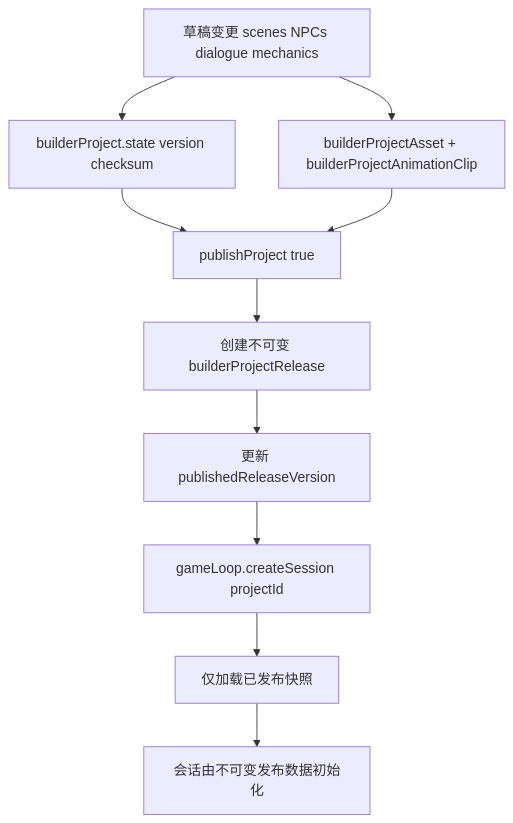
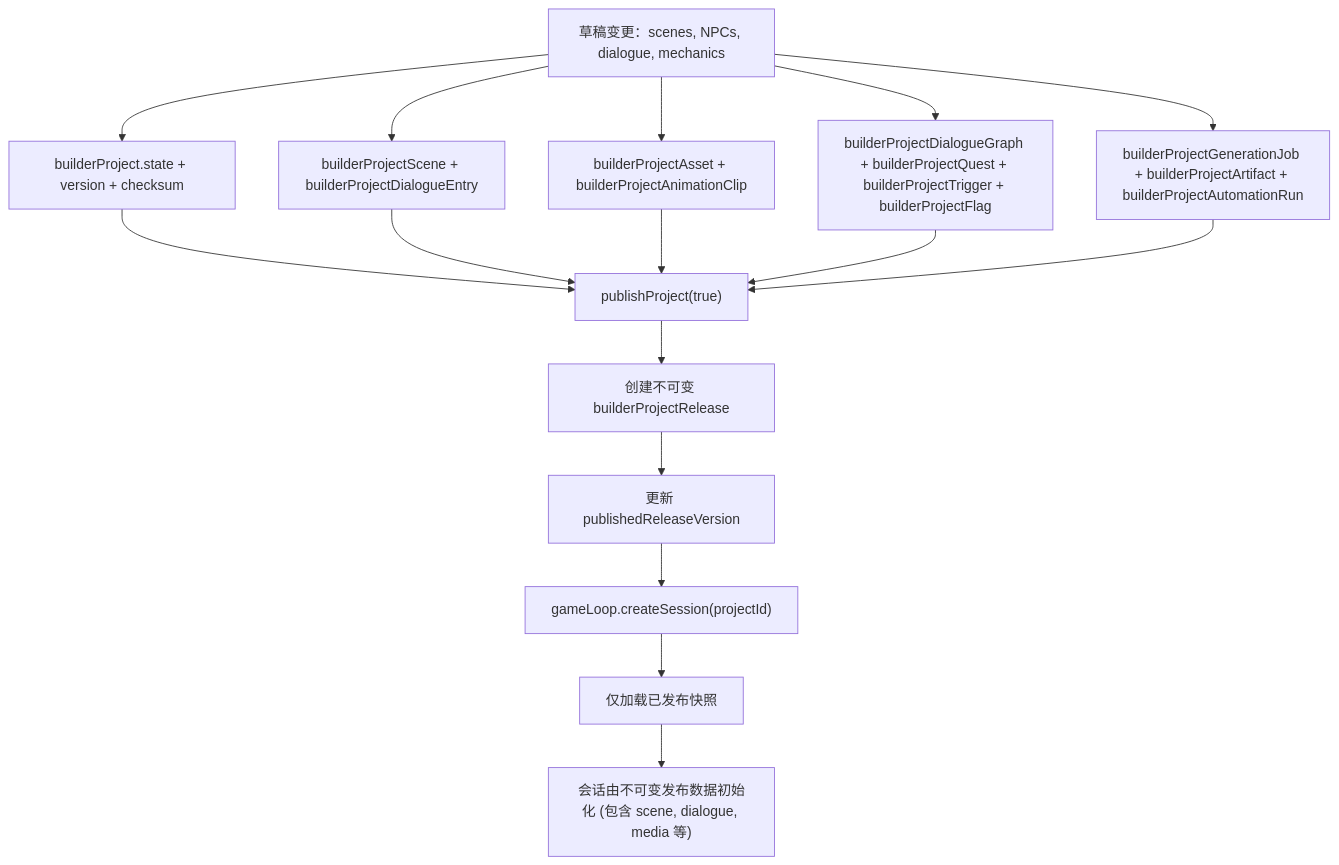
One commit to d4551/tea changed diagram 13 of 13 in README.md. Above: the diagram before and after it, drawn with Mermaid. The commit also changed other lines of this file, not shown here.

Commit message:
docs(i18n): sync chinese translation of domain model and publish contract

````diff
--- a/README.md
+++ b/README.md
@@ -822,12 +896,18 @@
 ```mermaid
 flowchart TD
-  A["草稿变更 scenes NPCs dialogue mechanics"] --> B["builderProject.state version checksum"]
-  A --> C["builderProjectAsset + builderProjectAnimationClip"]
-  B --> D["publishProject true"]
-  C --> D
-  D --> E["创建不可变 builderProjectRelease"]
-  E --> F["更新 publishedReleaseVersion"]
-  F --> G["gameLoop.createSession projectId"]
-  G --> H["仅加载已发布快照"]
-  H --> I["会话由不可变发布数据初始化"]
+  A["草稿变更：scenes, NPCs, dialogue, mechanics"] --> B["builderProject.state + version + checksum"]
+  A --> C["builderProjectScene + builderProjectDialogueEntry"]
+  A --> D["builderProjectAsset + builderProjectAnimationClip"]
+  A --> E["builderProjectDialogueGraph + builderProjectQuest + builderProjectTrigger + builderProjectFlag"]
+  A --> F["builderProjectGenerationJob + builderProjectArtifact + builderProjectAutomationRun"]
+  B --> G["publishProject(true)"]
+  C --> G
+  D --> G
+  E --> G
+  F --> G
+  G --> H["创建不可变 builderProjectRelease"]
+  H --> I["更新 publishedReleaseVersion"]
+  I --> J["gameLoop.createSession(projectId)"]
+  J --> K["仅加载已发布快照"]
+  K --> L["会话由不可变发布数据初始化 (包含 scene, dialogue, media 等)"]
 ```
````
